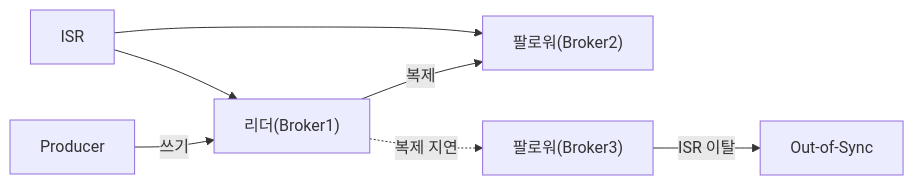
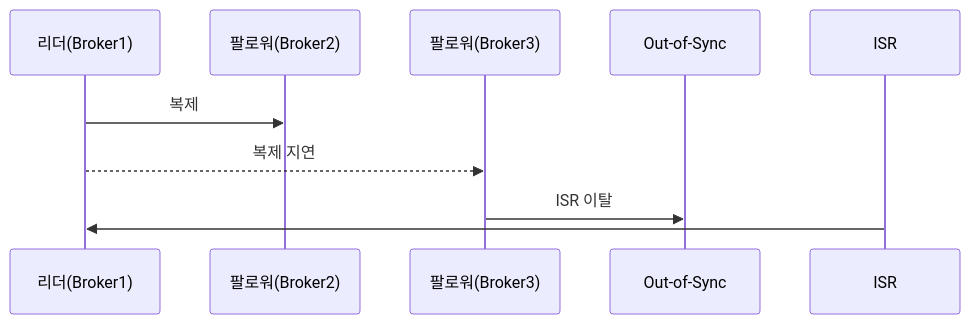
Before and after one commit to yjkim2015/yjkim2015.github.io: the sixth of 12 diagrams in _posts/kafka/2026-05-02-kafka-deep.md, drawn with Mermaid. The commit also changed other lines of this file and 89 other files, not shown here.

First line of the commit message:
복잡한 flowchart 163개 → sequenceDiagram 변환 (90파일)

````diff
--- a/_posts/kafka/2026-05-02-kafka-deep.md
+++ b/_posts/kafka/2026-05-02-kafka-deep.md
@@ -296,8 +300,7 @@
 ```mermaid
-graph LR
-    P["Producer"] -->|"쓰기"| L["리더(Broker1)"]
-    L -->|"복제"| F1["팔로워(Broker2)"]
-    L -.->|"복제 지연"| F2["팔로워(Broker3)"]
-    F2 -->|"ISR 이탈"| OOS["Out-of-Sync"]
-    ISR["ISR"] --> L & F1
+sequenceDiagram
+    리더(Broker1)->>팔로워(Broker2): 복제
+    리더(Broker1)-->>팔로워(Broker3): 복제 지연
+    팔로워(Broker3)->>Out-of-Sync: ISR 이탈
+    ISR->>리더(Broker1): 
 ```
````
